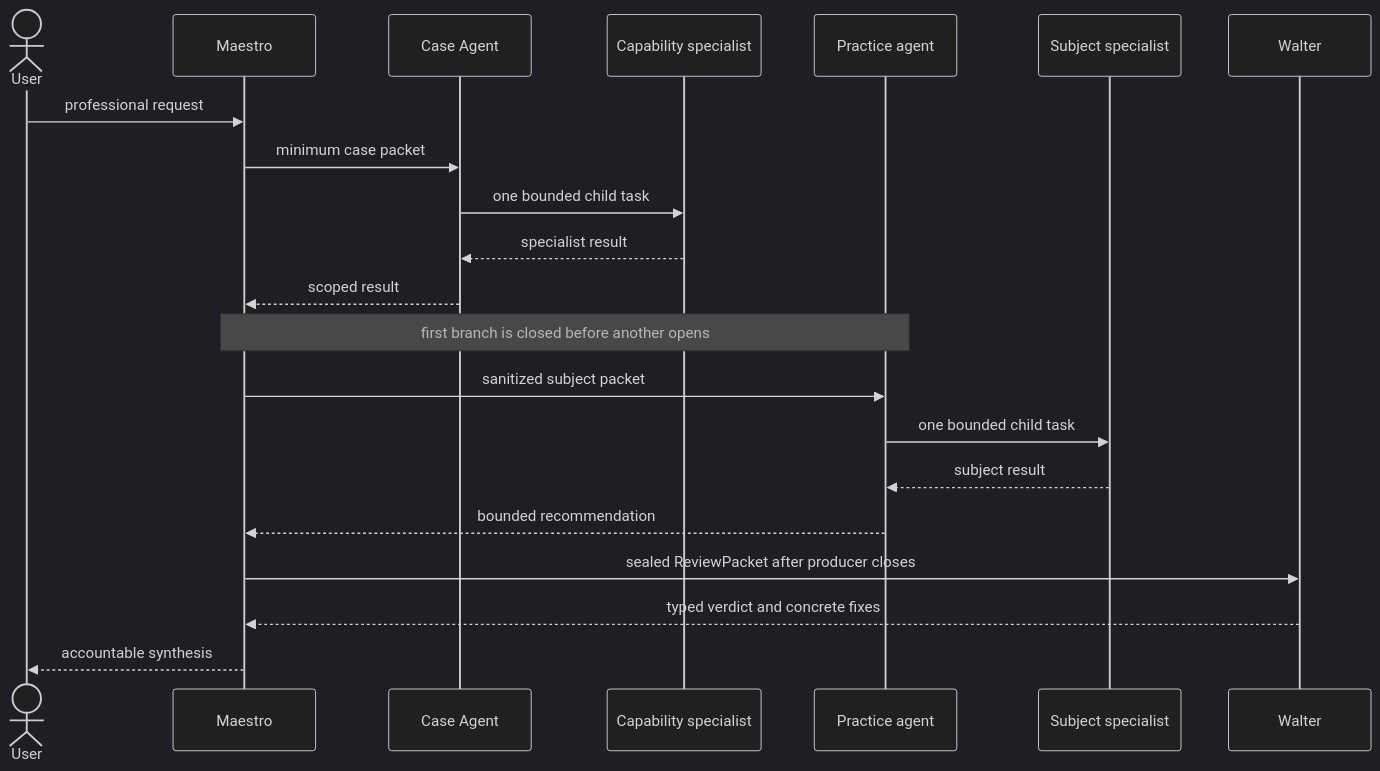
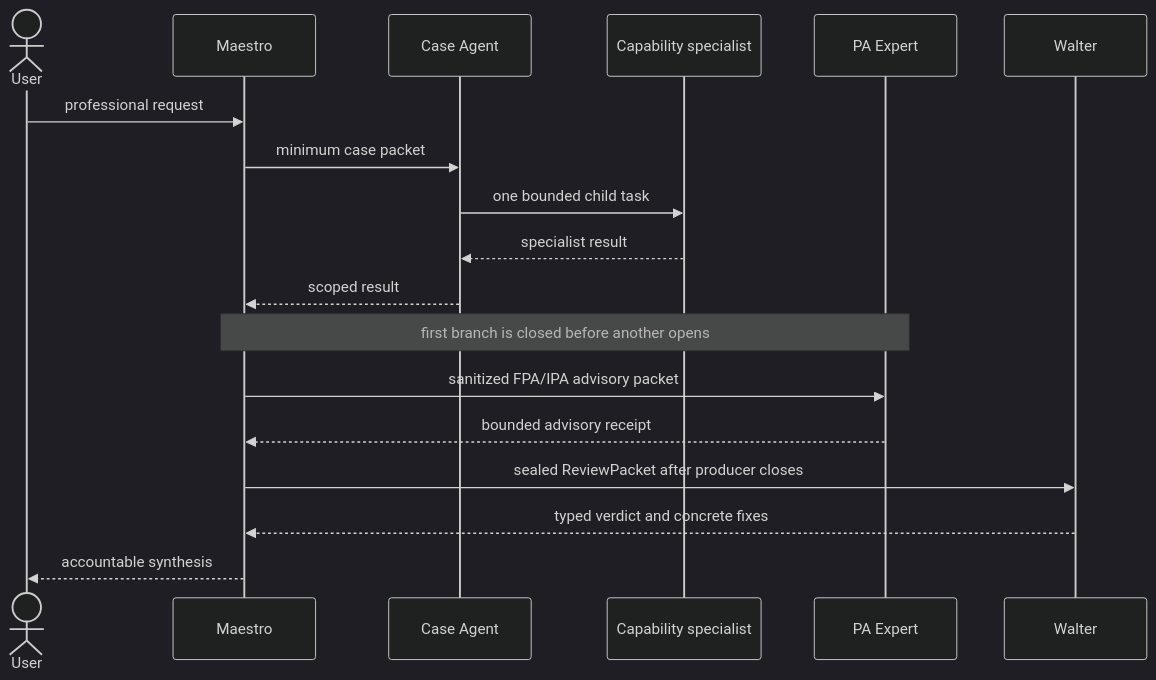
One commit to agentic-os-brasil/bcg-brasil-agentic-os changed the second of 3 diagrams in specs/018-maestro-core-agents.md. Above: the diagram before and after it, drawn with Mermaid (dark theme). The commit also changed other lines of this file and 30 other files, not shown here.

Commit message:
feat(maestro): retire practice split brain and harden Darwin evolution

````diff
--- a/specs/018-maestro-core-agents.md
+++ b/specs/018-maestro-core-agents.md
@@ -108,24 +110,21 @@
 ```mermaid
 sequenceDiagram
     actor User
     participant Maestro
     participant Case as Case Agent
     participant Capability as Capability specialist
-    participant Practice as Practice agent
-    participant Subject as Subject specialist
+    participant PAExpert as PA Expert
     participant Walter
 
     User->>Maestro: professional request
     Maestro->>Case: minimum case packet
     Case->>Capability: one bounded child task
     Capability-->>Case: specialist result
     Case-->>Maestro: scoped result
-    Note over Maestro,Practice: first branch is closed before another opens
-    Maestro->>Practice: sanitized subject packet
-    Practice->>Subject: one bounded child task
-    Subject-->>Practice: subject result
-    Practice-->>Maestro: bounded recommendation
+    Note over Maestro,PAExpert: first branch is closed before another opens
+    Maestro->>PAExpert: sanitized FPA/IPA advisory packet
+    PAExpert-->>Maestro: bounded advisory receipt
     Maestro->>Walter: sealed ReviewPacket after producer closes
     Walter-->>Maestro: typed verdict and concrete fixes
     Maestro-->>User: accountable synthesis
 ```
````
